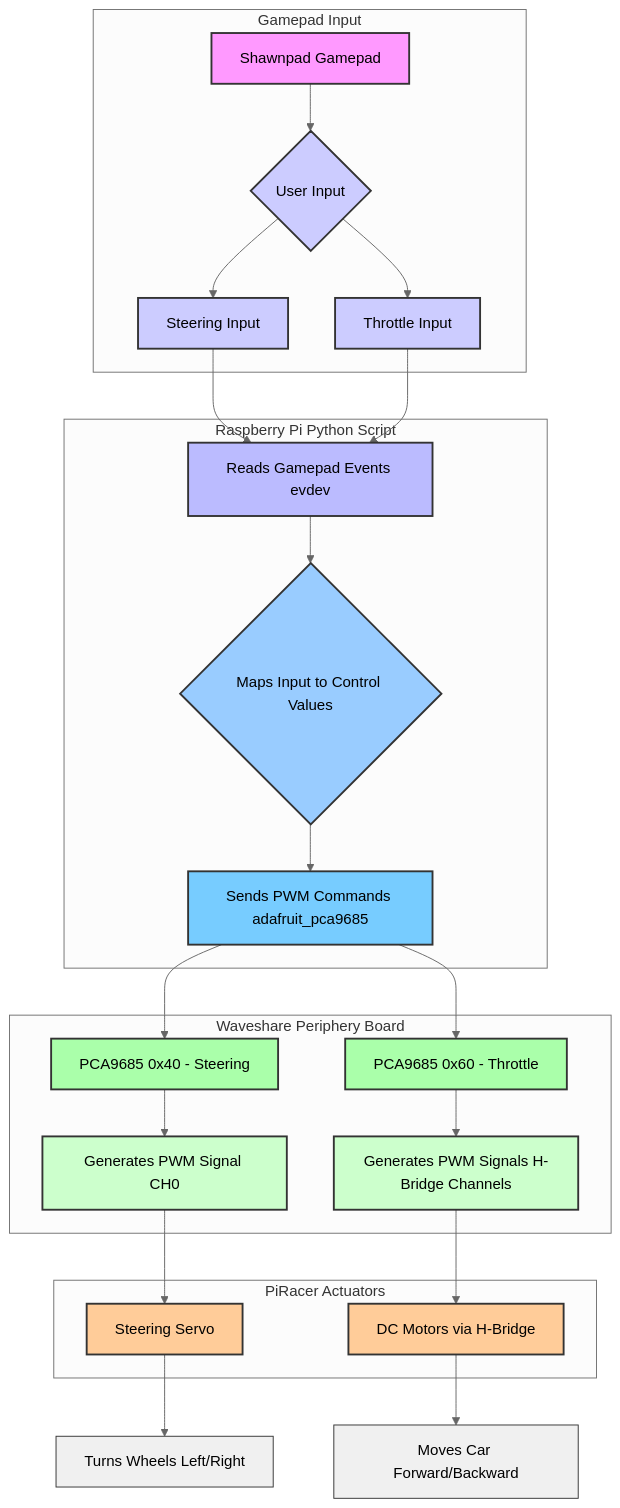
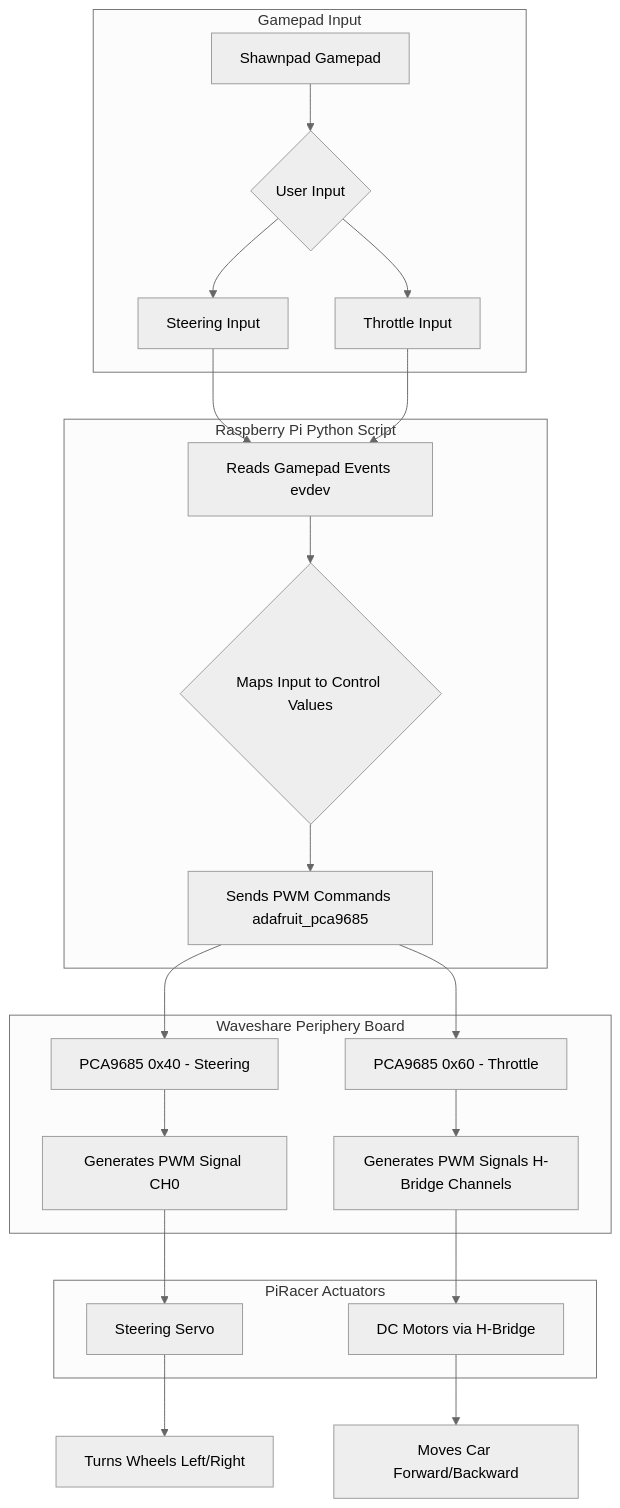
Before and after one commit to saicharansathyam/Instrument-Cluster: the diagram in Challenge/README.md, drawn with Mermaid (neutral theme). The commit also changed other lines of this file, not shown here.

````diff
--- a/Challenge/README.md
+++ b/Challenge/README.md
@@ -2,46 +15,30 @@
 ```mermaid
 graph TD
     subgraph "Gamepad Input"
         A[Shawnpad Gamepad] --> B{User Input}
         B --> C[Steering Input]
         B --> D[Throttle Input]
     end
 
     subgraph "Raspberry Pi Python Script"
         C --> E[Reads Gamepad Events evdev]
         D --> E
         E --> F{Maps Input to Control Values}
         F --> G[Sends PWM Commands adafruit_pca9685]
     end
 
     subgraph "Waveshare Periphery Board"
         G --> H1[PCA9685 0x40 - Steering]
         G --> H2[PCA9685 0x60 - Throttle]
         H1 --> I[Generates PWM Signal CH0]
         H2 --> J[Generates PWM Signals H-Bridge Channels]
     end
 
     subgraph "PiRacer Actuators"
         I --> K[Steering Servo]
         J --> L[DC Motors via H-Bridge]
     end
 
     K --> M[Turns Wheels Left/Right]
     L --> N[Moves Car Forward/Backward]
-
-    style A fill:#f9f,stroke:#333,stroke-width:2px,color:#000
-    style B fill:#ccf,stroke:#333,stroke-width:2px,color:#000
-    style C fill:#ccf,stroke:#333,stroke-width:2px,color:#000
-    style D fill:#ccf,stroke:#333,stroke-width:2px,color:#000
-    style E fill:#bbf,stroke:#333,stroke-width:2px,color:#000
-    style F fill:#9cf,stroke:#333,stroke-width:2px,color:#000
-    style G fill:#7cf,stroke:#333,stroke-width:2px,color:#000
-    style H1 fill:#aaffaa,stroke:#333,stroke-width:2px,color:#000
-    style H2 fill:#aaffaa,stroke:#333,stroke-width:2px,color:#000
-    style I fill:#ccffcc,stroke:#333,stroke-width:2px,color:#000
-    style J fill:#ccffcc,stroke:#333,stroke-width:2px,color:#000
-    style K fill:#ffcc99,stroke:#333,stroke-width:2px,color:#000
-    style L fill:#ffcc99,stroke:#333,stroke-width:2px,color:#000
-    style M fill:#f0f0f0,stroke:#333,stroke-width:1px,color:#000
-    style N fill:#f0f0f0,stroke:#333,stroke-width:1px,color:#000
 ```
````
